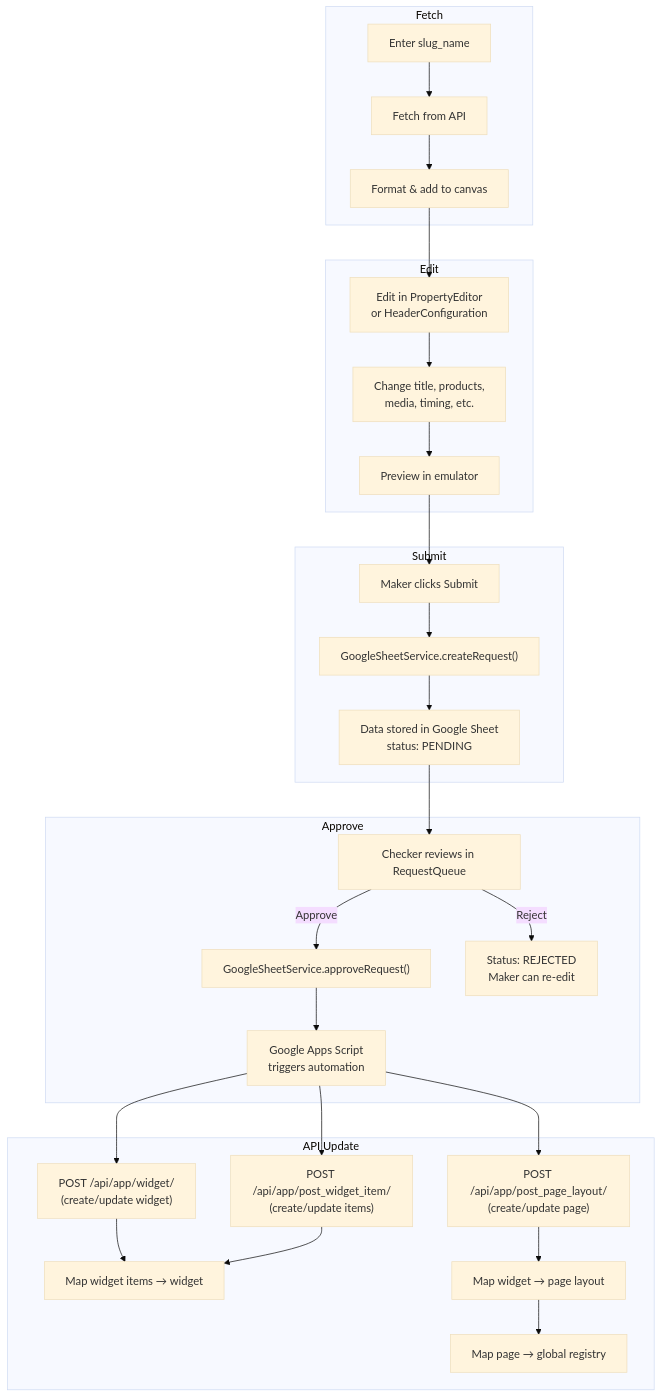
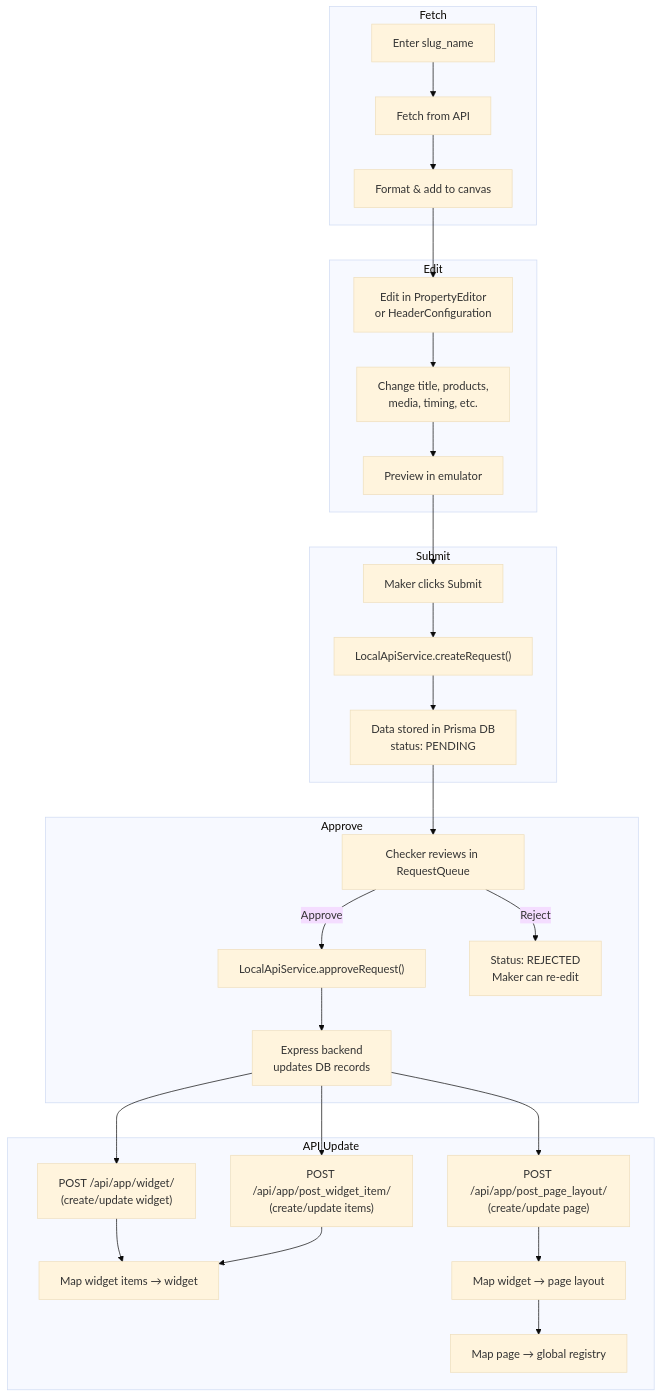
Before and after one commit to satyamgupta1312/Optimus: the second of 2 diagrams in wiki/FEATURE-Fetch-Widget.md, drawn with Mermaid (base theme). The commit also changed other lines of this file and 7 other files, not shown here.

First line of the commit message:
docs: update all wiki files for Express + Prisma backend

````diff
--- a/wiki/FEATURE-Fetch-Widget.md
+++ b/wiki/FEATURE-Fetch-Widget.md
@@ -322,36 +322,36 @@
 ```mermaid
 flowchart TD
     subgraph Fetch
         F1["Enter slug_name"] --> F2["Fetch from API"]
         F2 --> F3["Format & add to canvas"]
     end
 
     subgraph Edit
         F3 --> E1["Edit in PropertyEditor\nor HeaderConfiguration"]
         E1 --> E2["Change title, products,\nmedia, timing, etc."]
         E2 --> E3["Preview in emulator"]
     end
 
     subgraph Submit
         E3 --> S1["Maker clicks Submit"]
-        S1 --> S2["GoogleSheetService.createRequest()"]
-        S2 --> S3["Data stored in Google Sheet\nstatus: PENDING"]
+        S1 --> S2["LocalApiService.createRequest()"]
+        S2 --> S3["Data stored in Prisma DB\nstatus: PENDING"]
     end
 
     subgraph Approve
         S3 --> A1["Checker reviews in RequestQueue"]
-        A1 -->|Approve| A2["GoogleSheetService.approveRequest()"]
+        A1 -->|Approve| A2["LocalApiService.approveRequest()"]
         A1 -->|Reject| R1["Status: REJECTED\nMaker can re-edit"]
-        A2 --> A3["Google Apps Script\ntriggers automation"]
+        A2 --> A3["Express backend\nupdates DB records"]
     end
 
     subgraph API Update
         A3 --> U1["POST /api/app/widget/\n(create/update widget)"]
         A3 --> U2["POST /api/app/post_widget_item/\n(create/update items)"]
         A3 --> U3["POST /api/app/post_page_layout/\n(create/update page)"]
         U1 --> M1["Map widget items → widget"]
         U2 --> M1
         U3 --> M2["Map widget → page layout"]
         M2 --> M3["Map page → global registry"]
     end
 ```
````
